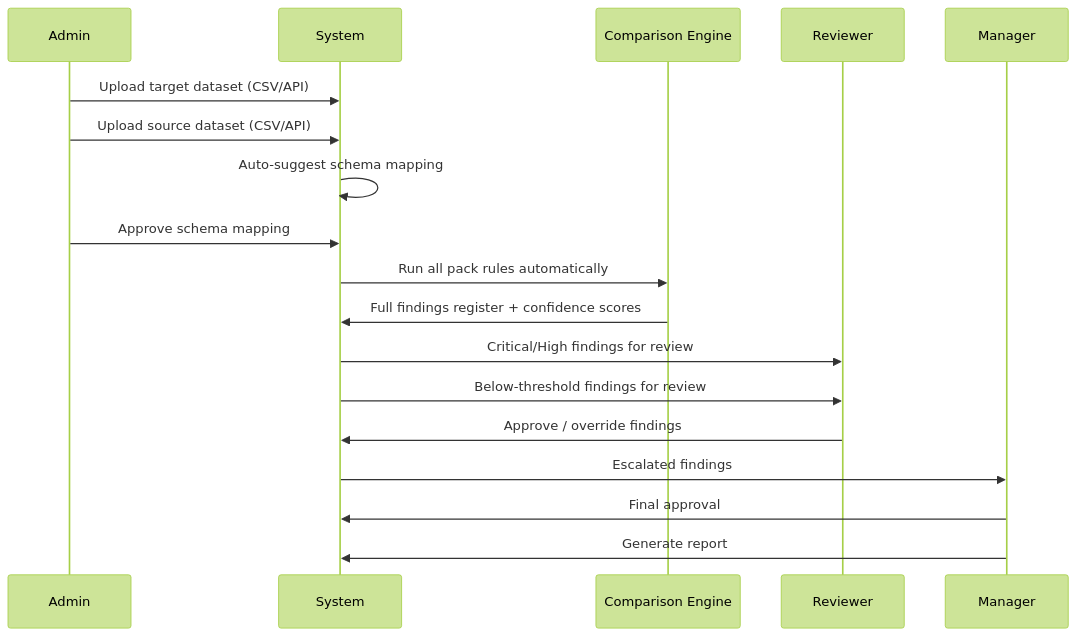
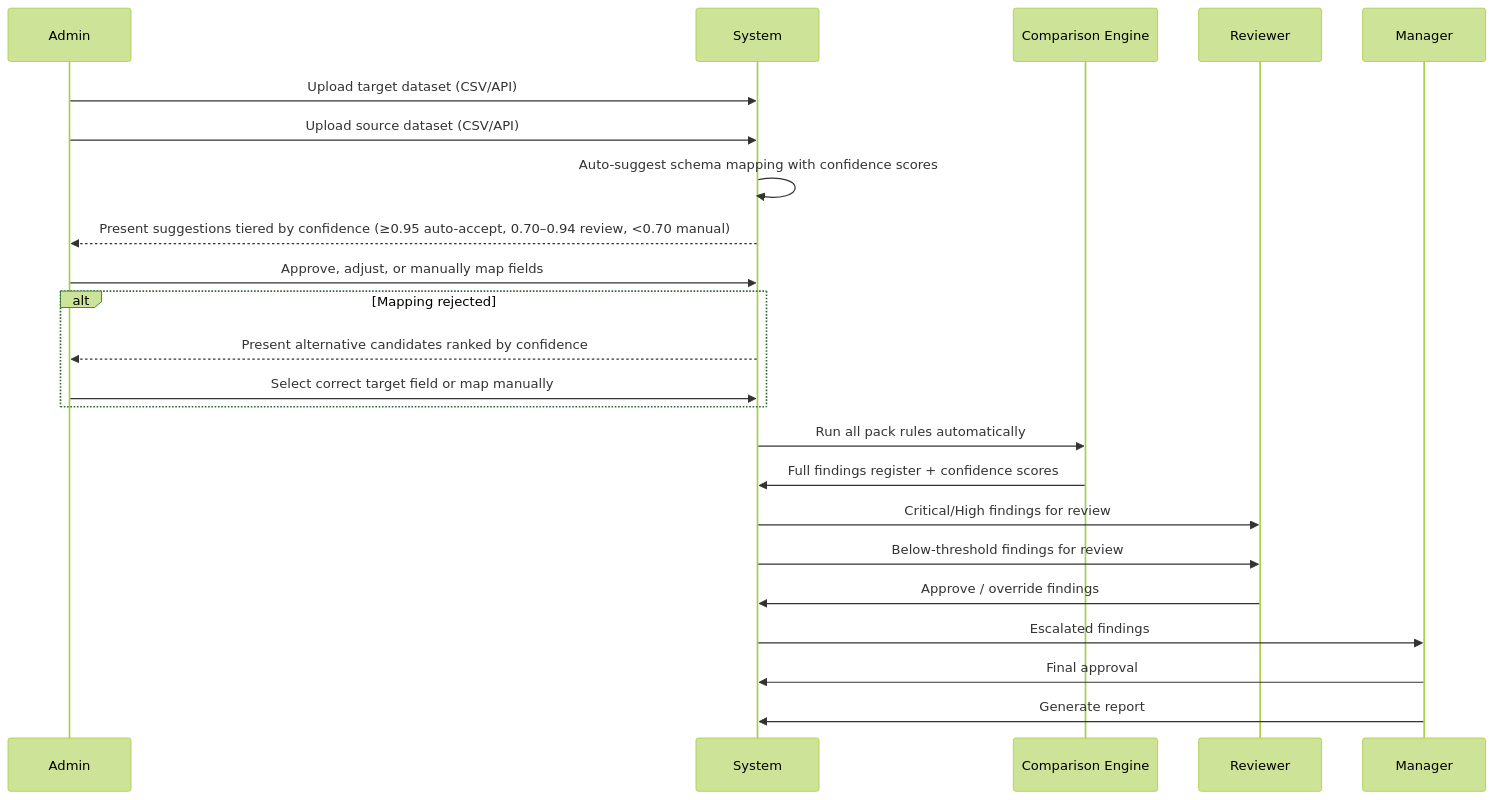
Before and after one commit to epieczko-re/audit-iq-docs: diagram 11 of 28 in src/docs/asciidoc/auditiq-product-architecture-delivery-plan/product-requirements/index.adoc, drawn with Mermaid (forest theme). The commit also changed other lines of this file and 1 other file, not shown here.

```diff
--- a/src/docs/asciidoc/auditiq-product-architecture-delivery-plan/product-requirements/index.adoc
+++ b/src/docs/asciidoc/auditiq-product-architecture-delivery-plan/product-requirements/index.adoc
@@ -812,22 +815,27 @@
 [mermaid]
 ----
 sequenceDiagram
   participant Admin
   participant System
   participant CompEngine as Comparison Engine
   participant Reviewer
   participant Manager
 
   Admin->>System: Upload target dataset (CSV/API)
   Admin->>System: Upload source dataset (CSV/API)
-  System->>System: Auto-suggest schema mapping
-  Admin->>System: Approve schema mapping
+  System->>System: Auto-suggest schema mapping with confidence scores
+  System-->>Admin: Present suggestions tiered by confidence (≥0.95 auto-accept, 0.70–0.94 review, <0.70 manual)
+  Admin->>System: Approve, adjust, or manually map fields
+  alt Mapping rejected
+    System-->>Admin: Present alternative candidates ranked by confidence
+    Admin->>System: Select correct target field or map manually
+  end
   System->>CompEngine: Run all pack rules automatically
   CompEngine->>System: Full findings register + confidence scores
   System->>Reviewer: Critical/High findings for review
   System->>Reviewer: Below-threshold findings for review
   Reviewer->>System: Approve / override findings
   System->>Manager: Escalated findings
   Manager->>System: Final approval
   Manager->>System: Generate report
 ----
```
